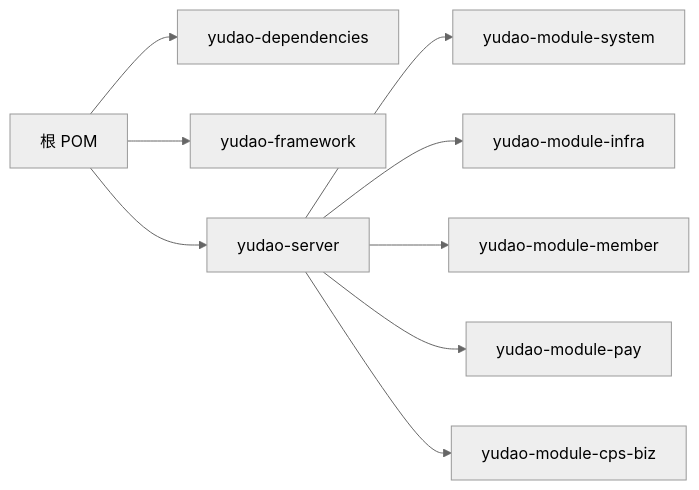
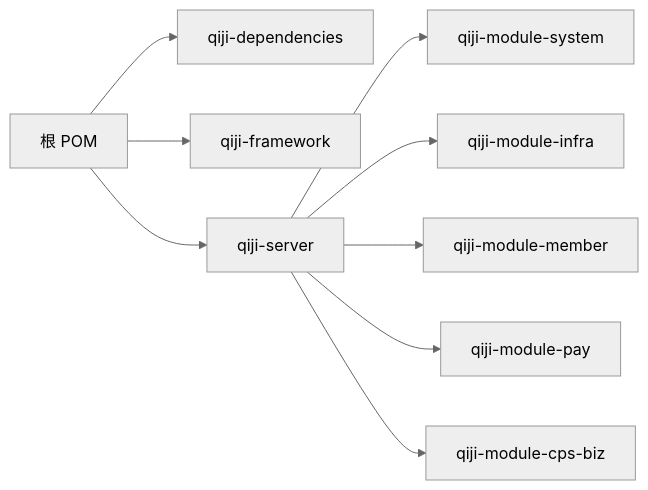
The third of 11 diagrams in backend/.qoder/repowiki/zh/content/项目概述/技术栈概览.md (zhuangpengLI/AgenticCPS), drawn with Mermaid (neutral theme) before and after one commit. The commit also changed other lines of this file and 3489 other files, not shown here.

````diff
--- a/backend/.qoder/repowiki/zh/content/项目概述/技术栈概览.md
+++ b/backend/.qoder/repowiki/zh/content/项目概述/技术栈概览.md
@@ -129,20 +129,20 @@
 ```mermaid
 graph LR
 ROOT["根 POM"]
-DEPS["yudao-dependencies"]
-FRAME["yudao-framework"]
-SRV["yudao-server"]
-MODSYS["yudao-module-system"]
-MODINFRA["yudao-module-infra"]
-MODMEMBER["yudao-module-member"]
-MODPAY["yudao-module-pay"]
-MODCPS["yudao-module-cps-biz"]
+DEPS["qiji-dependencies"]
+FRAME["qiji-framework"]
+SRV["qiji-server"]
+MODSYS["qiji-module-system"]
+MODINFRA["qiji-module-infra"]
+MODMEMBER["qiji-module-member"]
+MODPAY["qiji-module-pay"]
+MODCPS["qiji-module-cps-biz"]
 ROOT --> DEPS
 ROOT --> FRAME
 ROOT --> SRV
 SRV --> MODSYS
 SRV --> MODINFRA
 SRV --> MODMEMBER
 SRV --> MODPAY
 SRV --> MODCPS
 ```
````
